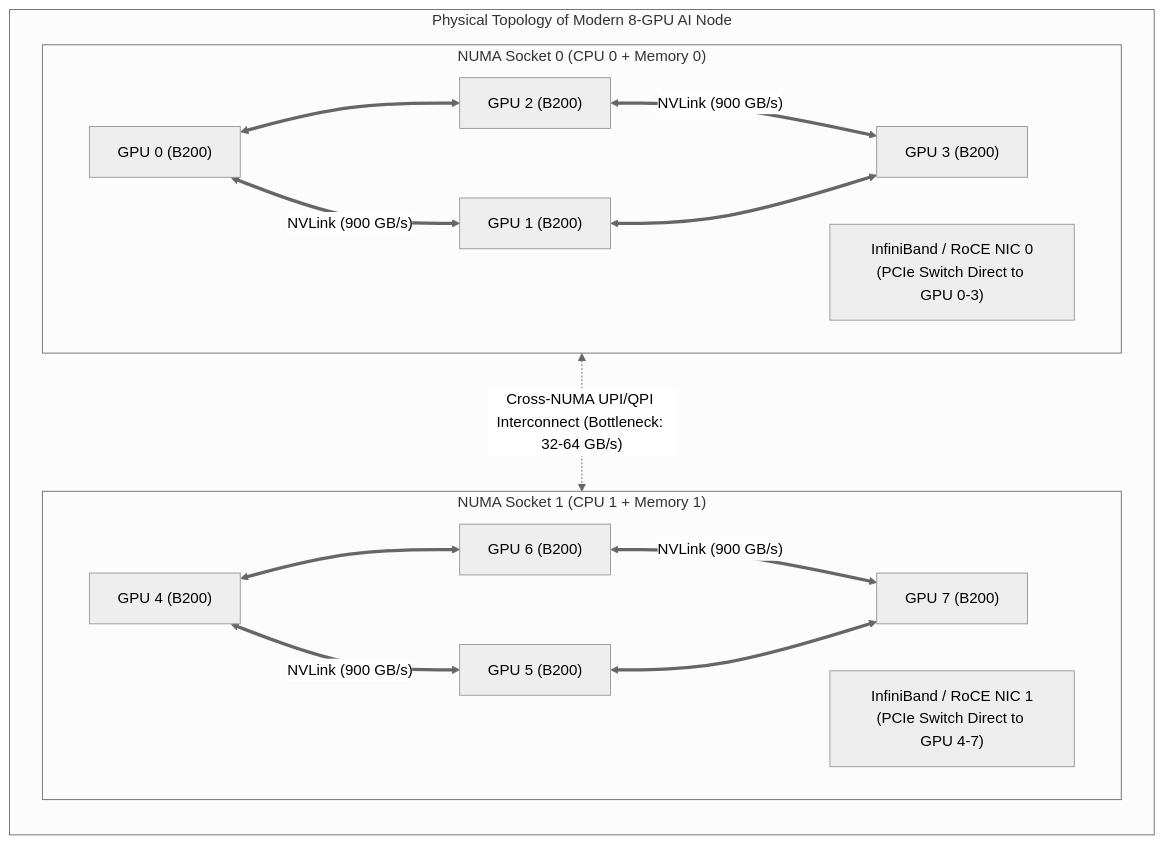
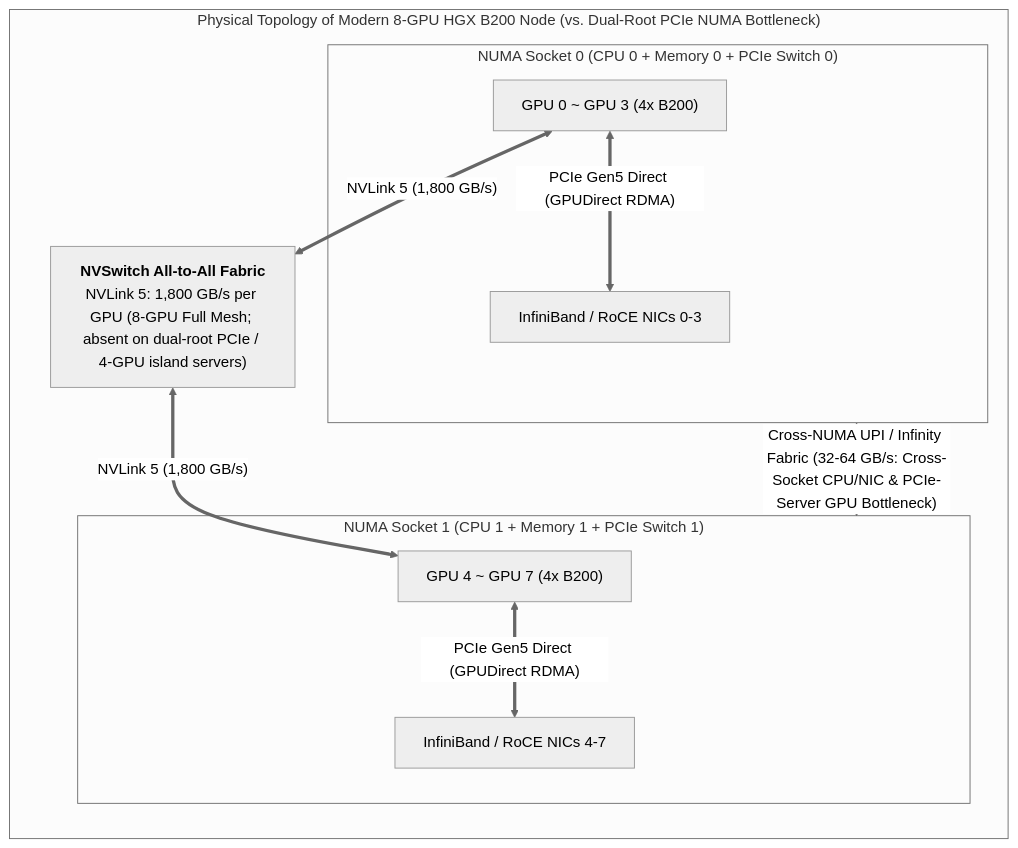
One commit to ifnodoraemon/ifnodoraemon.github.io changed the first of 4 diagrams in content/en/articles/k8s-gpu-operator-ai-inference-scheduling.en.md. Above: the diagram before and after it, drawn with Mermaid (neutral theme). The commit also changed other lines of this file and 171 other files, not shown here.

````diff
--- a/content/en/articles/k8s-gpu-operator-ai-inference-scheduling.en.md
+++ b/content/en/articles/k8s-gpu-operator-ai-inference-scheduling.en.md
@@ -39,23 +39,19 @@
 ```mermaid
 flowchart TD
-    subgraph GPUHost["Physical Topology of Modern 8-GPU AI Node"]
+    subgraph GPUHost["Physical Topology of Modern 8-GPU HGX B200 Node (vs. Dual-Root PCIe NUMA Bottleneck)"]
         direction TB
-        subgraph NUMA0["NUMA Socket 0 (CPU 0 + Memory 0)"]
-            GPU0["GPU 0 (B200)"] <== "NVLink (900 GB/s)" ==> GPU1["GPU 1 (B200)"]
-            GPU2["GPU 2 (B200)"] <== "NVLink (900 GB/s)" ==> GPU3["GPU 3 (B200)"]
-            GPU0 <==> GPU2
-            GPU1 <==> GPU3
-            NIC0["InfiniBand / RoCE NIC 0<br/>(PCIe Switch Direct to GPU 0-3)"]
+        subgraph NUMA0["NUMA Socket 0 (CPU 0 + Memory 0 + PCIe Switch 0)"]
+            GPU03["GPU 0 ~ GPU 3 (4x B200)"] <== "PCIe Gen5 Direct (GPUDirect RDMA)" ==> NIC0["InfiniBand / RoCE NICs 0-3"]
         end
 
-        subgraph NUMA1["NUMA Socket 1 (CPU 1 + Memory 1)"]
-            GPU4["GPU 4 (B200)"] <== "NVLink (900 GB/s)" ==> GPU5["GPU 5 (B200)"]
-            GPU6["GPU 6 (B200)"] <== "NVLink (900 GB/s)" ==> GPU7["GPU 7 (B200)"]
-            GPU4 <==> GPU6
-            GPU5 <==> GPU7
-            NIC1["InfiniBand / RoCE NIC 1<br/>(PCIe Switch Direct to GPU 4-7)"]
+        subgraph NUMA1["NUMA Socket 1 (CPU 1 + Memory 1 + PCIe Switch 1)"]
+            GPU47["GPU 4 ~ GPU 7 (4x B200)"] <== "PCIe Gen5 Direct (GPUDirect RDMA)" ==> NIC1["InfiniBand / RoCE NICs 4-7"]
         end
 
-        NUMA0 <-.->|"Cross-NUMA UPI/QPI Interconnect (Bottleneck: 32-64 GB/s)"| NUMA1
+        NVSW["<b>NVSwitch All-to-All Fabric</b><br/>NVLink 5: 1,800 GB/s per GPU (8-GPU Full Mesh; absent on dual-root PCIe / 4-GPU island servers)"]
+        GPU03 <== "NVLink 5 (1,800 GB/s)" ==> NVSW
+        NVSW <== "NVLink 5 (1,800 GB/s)" ==> GPU47
+
+        NUMA0 <-.->|"Cross-NUMA UPI / Infinity Fabric (32-64 GB/s: Cross-Socket CPU/NIC & PCIe-Server GPU Bottleneck)"| NUMA1
     end
 ```
````
